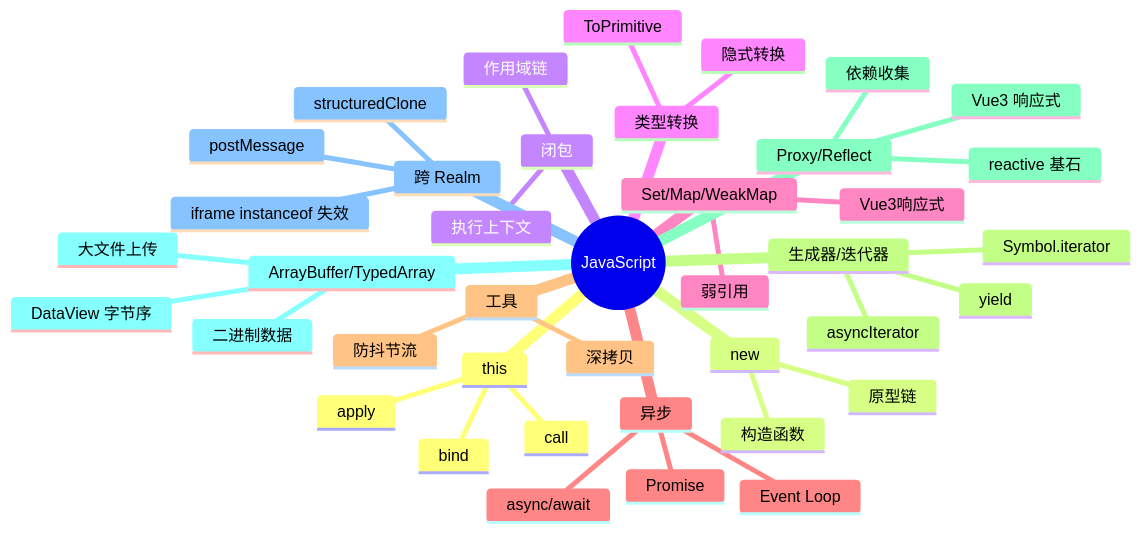
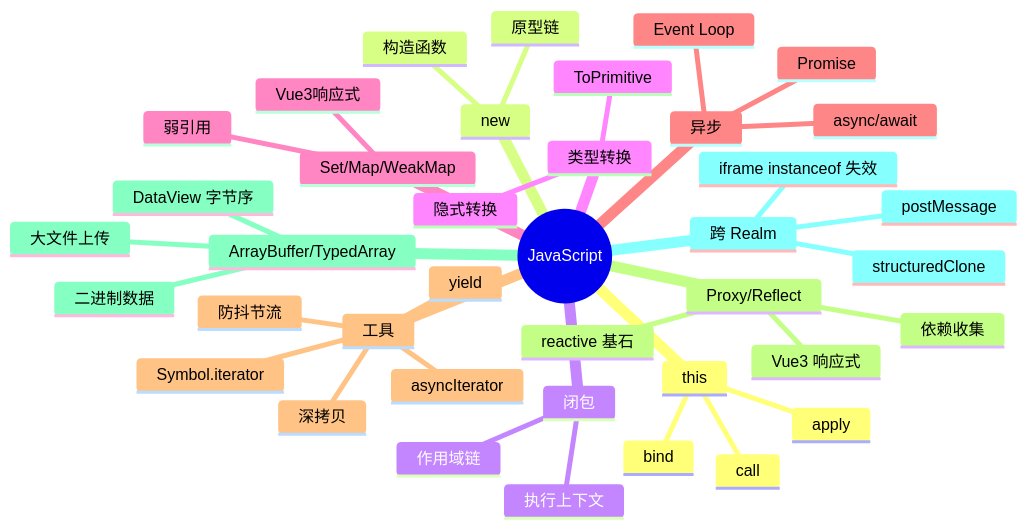
Before and after one commit to zjh42139/interview-notes: the diagram in docs/JavaScript/index.md, drawn with Mermaid. The commit also changed other lines of this file and 7 other files, not shown here.

````diff
--- a/docs/JavaScript/index.md
+++ b/docs/JavaScript/index.md
@@ -9,43 +9,42 @@
 ```mermaid
 mindmap
   root((JavaScript))
     this
       call
       apply
       bind
     new
       构造函数
       原型链
     闭包
       作用域链
       执行上下文
     类型转换
       隐式转换
       ToPrimitive
     Set/Map/WeakMap
       弱引用
       Vue3响应式
     异步
       Promise
       Event Loop
       async/await
     工具
       深拷贝
       防抖节流
-    生成器/迭代器
       yield
       Symbol.iterator
       asyncIterator
     Proxy/Reflect
       reactive 基石
       依赖收集
       Vue3 响应式
     ArrayBuffer/TypedArray
       二进制数据
       大文件上传
       DataView 字节序
     跨 Realm
       iframe instanceof 失效
       postMessage
       structuredClone
 ```
````
